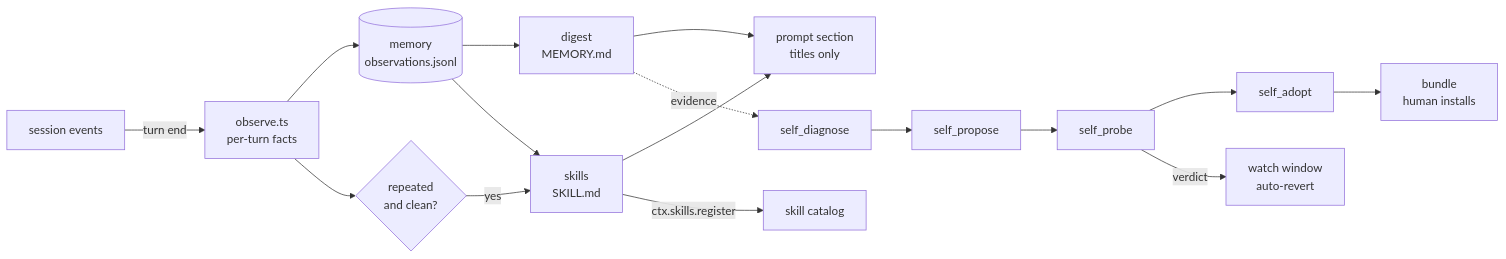
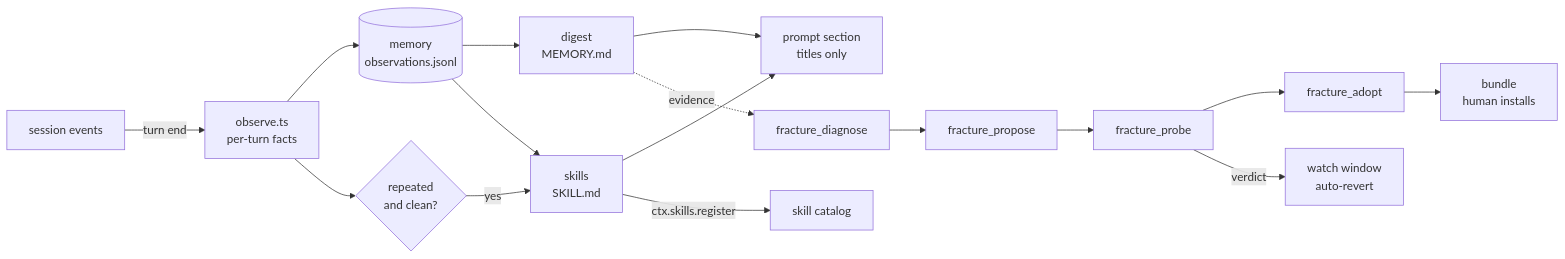
One commit to miketako3/dsh-fracture changed the diagram in README.md. Above: the diagram before and after it, drawn with Mermaid. The commit also changed other lines of this file and 32 other files, not shown here.

````diff
--- a/README.md
+++ b/README.md
@@ -152,16 +166,16 @@
 ```mermaid
 flowchart LR
   S[session events] -->|turn end| O[observe.ts<br/>per-turn facts]
   O --> M[(memory<br/>observations.jsonl)]
   M --> D[digest<br/>MEMORY.md]
   M --> K[skills<br/>SKILL.md]
   D --> P[prompt section<br/>titles only]
   K --> P
   K -->|ctx.skills.register| T[skill catalog]
   O --> G{repeated<br/>and clean?}
   G -->|yes| K
-  D -.->|evidence| X[self_diagnose]
-  X --> Y[self_propose] --> Z[self_probe] --> A[self_adopt]
+  D -.->|evidence| X[fracture_diagnose]
+  X --> Y[fracture_propose] --> Z[fracture_probe] --> A[fracture_adopt]
   Z -->|verdict| W[watch window<br/>auto-revert]
   A --> B[bundle<br/>human installs]
 ```
````
